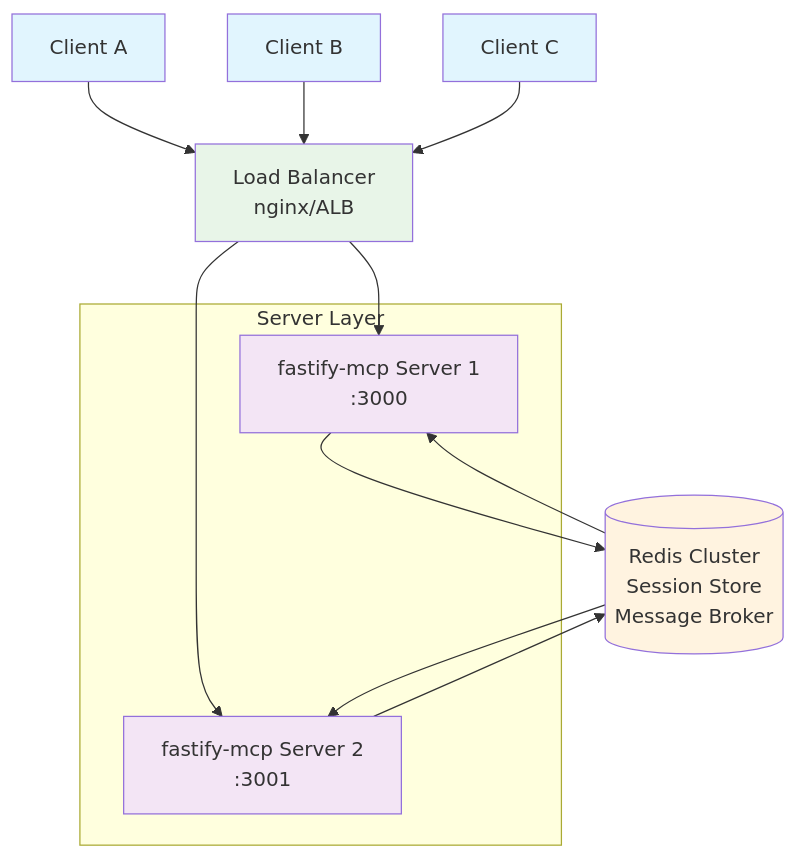
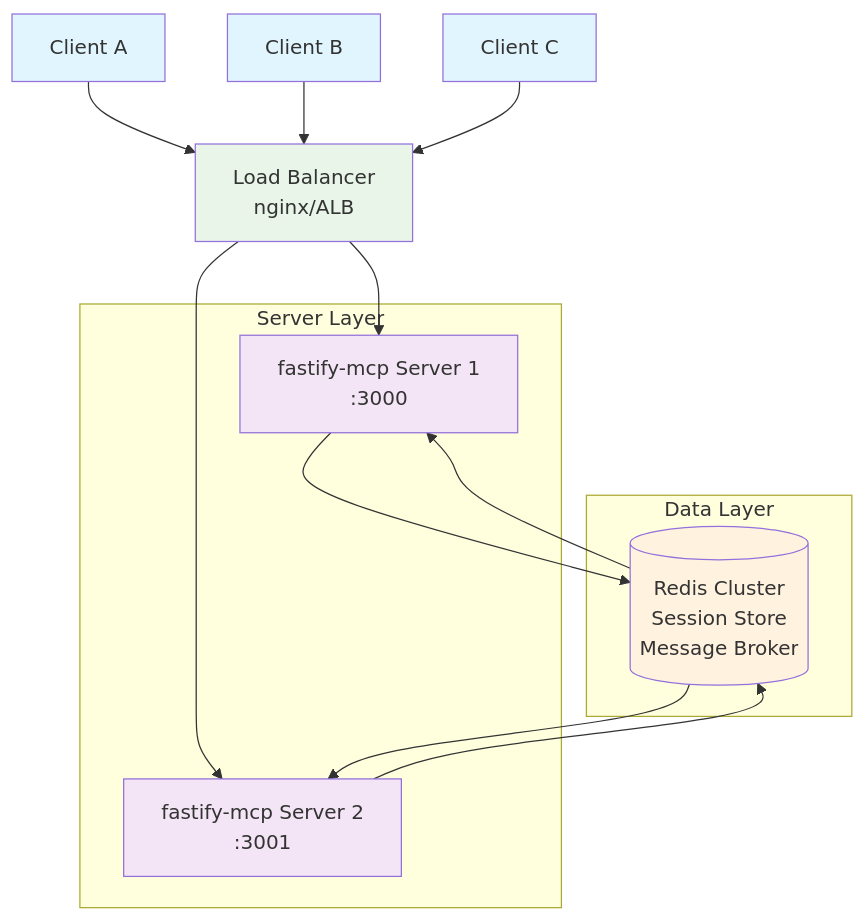
Before and after one commit to platformatic/mcp: the second of 2 diagrams in BLOG.md, drawn with Mermaid.

Commit message:
Move Redis cluster to separate Data Layer in architecture diagram
- Add "Data Layer" subgraph for Redis cluster
- Creates clearer visual hierarchy with server layer above data layer
- Better represents typical n-tier architecture pattern
- Improves architectural accuracy and readability

🤖 Generated with [Claude Code](https://claude.ai/code)

````diff
--- a/BLOG.md
+++ b/BLOG.md
@@ -118,38 +118,40 @@
 ```mermaid
 graph TB
     Client1[Client A]
     Client2[Client B]
     Client3[Client C]
     
     LB[Load Balancer<br/>nginx/ALB]
     
     subgraph "Server Layer"
         Server1[fastify-mcp Server 1<br/>:3000]
         Server2[fastify-mcp Server 2<br/>:3001]
     end
     
-    Redis[(Redis Cluster<br/>Session Store<br/>Message Broker)]
+    subgraph "Data Layer"
+        Redis[(Redis Cluster<br/>Session Store<br/>Message Broker)]
+    end
     
     Client1 --> LB
     Client2 --> LB
     Client3 --> LB
     
     LB --> Server1
     LB --> Server2
     
     Server1 --> Redis
     Server2 --> Redis
     
     Redis --> Server1
     Redis --> Server2
     
     classDef client fill:#e1f5fe
     classDef server fill:#f3e5f5
     classDef redis fill:#fff3e0
     classDef lb fill:#e8f5e8
     
     class Client1,Client2,Client3 client
     class Server1,Server2 server
     class Redis redis
     class LB lb
 ```
````
